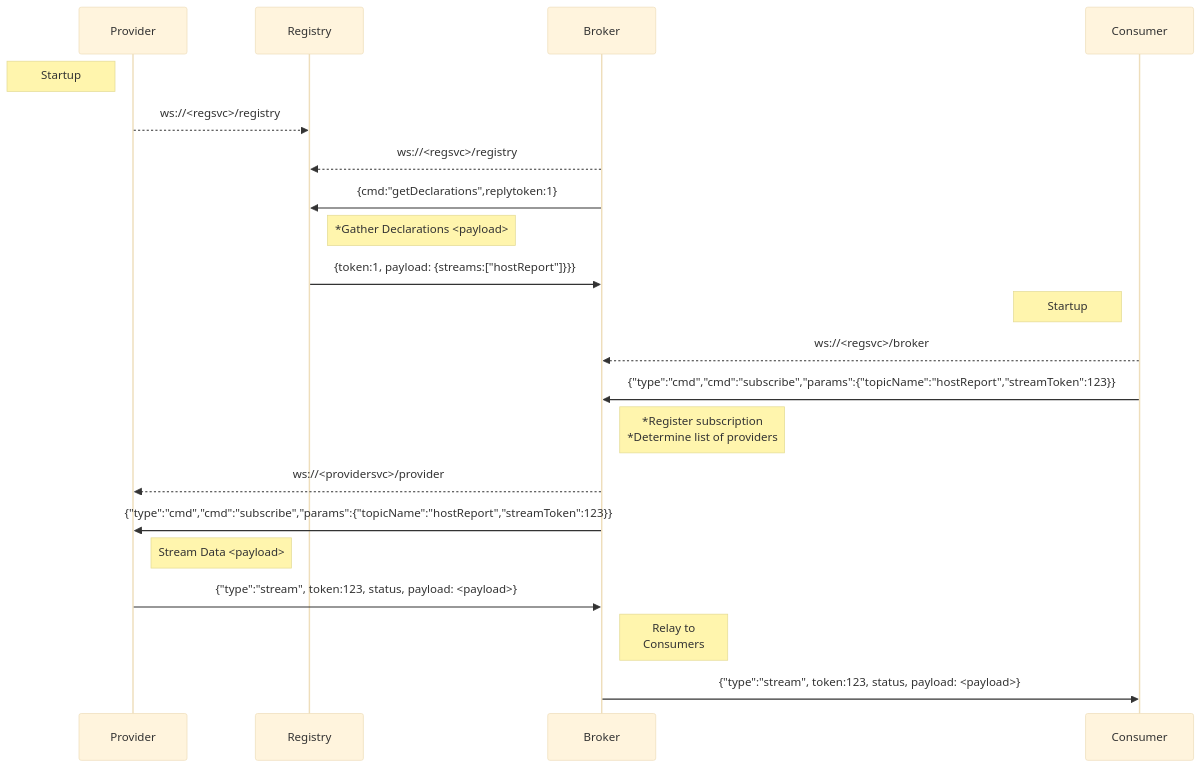
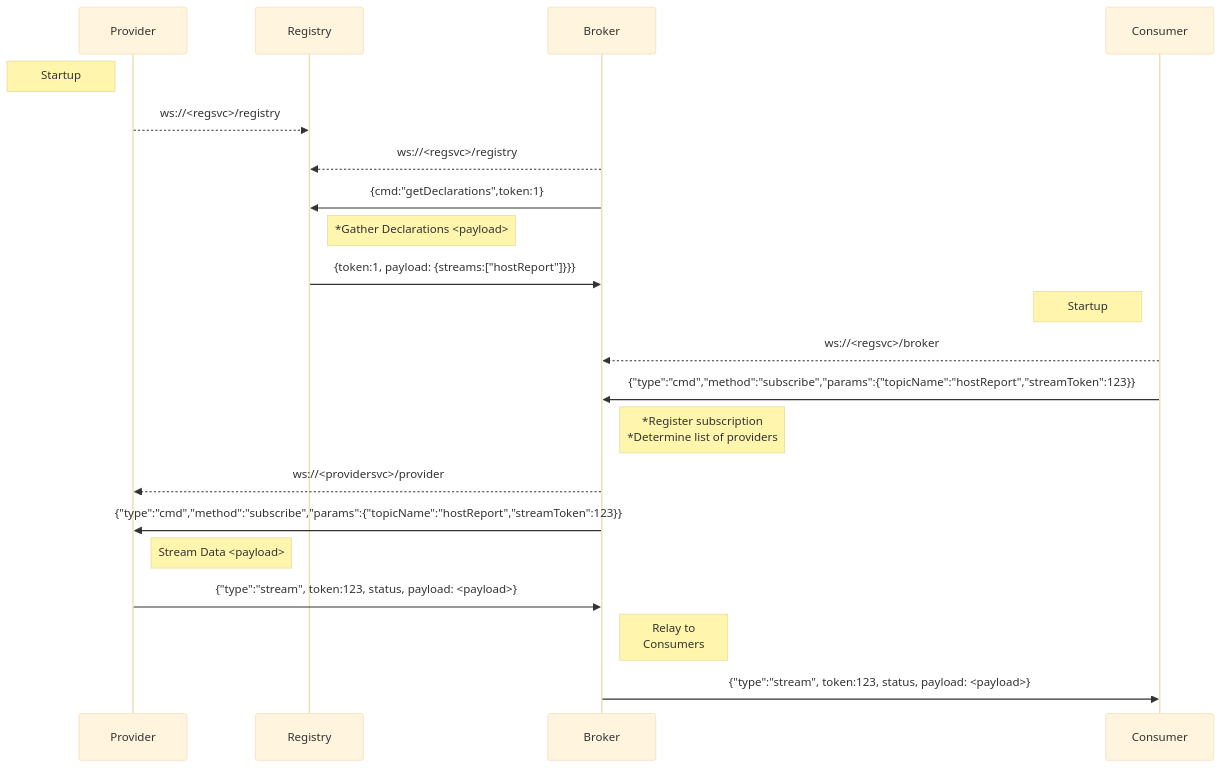
The first of 2 diagrams in README-MermaidCode.md (adhdtech/DRP), drawn with Mermaid (base theme) before and after one commit. The commit also changed other lines of this file and 8 other files, not shown here.

````diff
--- a/README-MermaidCode.md
+++ b/README-MermaidCode.md
@@ -81,22 +81,22 @@
 ```mermaid
 sequenceDiagram
     participant Provider
     participant Registry
     participant Broker
     Note left of Provider: Startup
     Provider-->>Registry: ws://<regsvc>/registry
     Broker-->>Registry: ws://<regsvc>/registry
-    Broker->>Registry: {cmd:"getDeclarations",replytoken:1}
+    Broker->>Registry: {cmd:"getDeclarations",token:1}
     Note right of Registry: *Gather Declarations <payload>
     Registry->>Broker: {token:1, payload: {streams:["hostReport"]}}}
     Note left of Consumer: Startup
     Consumer-->>Broker: ws://<regsvc>/broker
-    Consumer->>Broker: {"type":"cmd","cmd":"subscribe","params":{"topicName":"hostReport","streamToken":123}}
+    Consumer->>Broker: {"type":"cmd","method":"subscribe","params":{"topicName":"hostReport","streamToken":123}}
     Note right of Broker: *Register subscription<br>*Determine list of providers
     Broker-->>Provider: ws://<providersvc>/provider
-    Broker->>Provider: {"type":"cmd","cmd":"subscribe","params":{"topicName":"hostReport","streamToken":123}}
+    Broker->>Provider: {"type":"cmd","method":"subscribe","params":{"topicName":"hostReport","streamToken":123}}
     Note right of Provider: Stream Data <payload>
     Provider->>Broker: {"type":"stream", token:123, status, payload: <payload>}
     Note right of Broker: Relay to<br>Consumers
     Broker->>Consumer: {"type":"stream", token:123, status, payload: <payload>}
 ```
````
